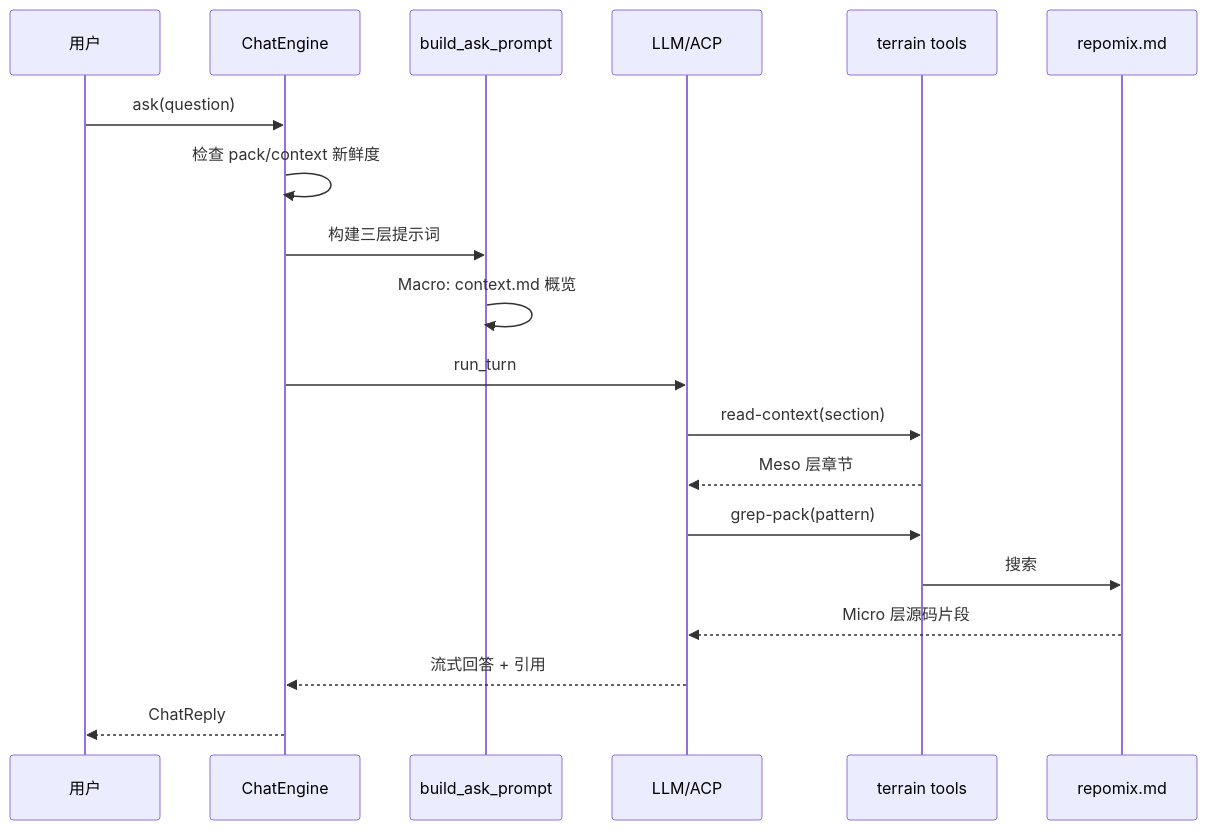
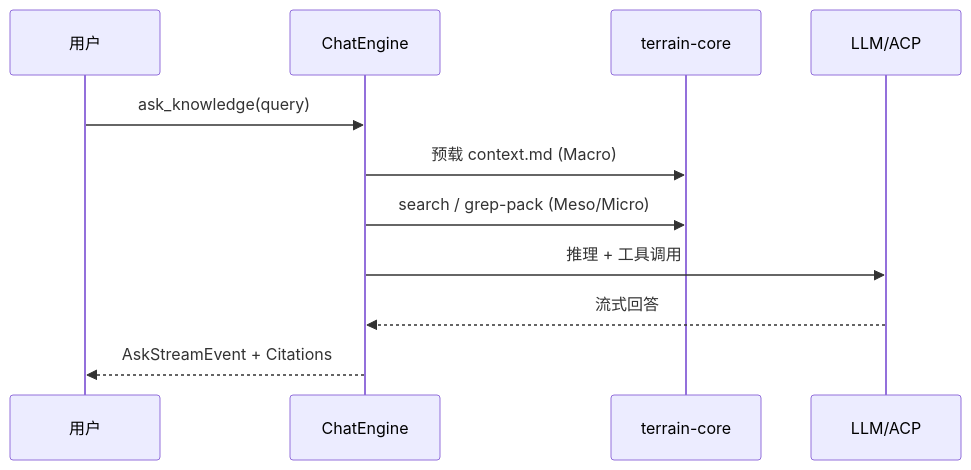
The sixth of 6 diagrams in .terrain/human/2.架构.md (sopaco/terrain), drawn with Mermaid before and after one commit. The commit also changed other lines of this file and 79 other files, not shown here.

````diff
--- a/.terrain/human/2.架构.md
+++ b/.terrain/human/2.架构.md
@@ -269,22 +184,14 @@
 ```mermaid
 sequenceDiagram
     participant User as 用户
-    participant CE as ChatEngine
-    participant Prompt as build_ask_prompt
+    participant Engine as ChatEngine
+    participant Core as terrain-core
     participant LLM as LLM/ACP
-    participant Tools as terrain tools
-    participant Pack as repomix.md
 
-    User->>CE: ask(question)
-    CE->>CE: 检查 pack/context 新鲜度
-    CE->>Prompt: 构建三层提示词
-    Prompt->>Prompt: Macro: context.md 概览
-    CE->>LLM: run_turn
-  LLM->>Tools: read-context(section)
-    Tools-->>LLM: Meso 层章节
-    LLM->>Tools: grep-pack(pattern)
-    Tools->>Pack: 搜索
-    Pack-->>LLM: Micro 层源码片段
-    LLM-->>CE: 流式回答 + 引用
-    CE-->>User: ChatReply
+    User->>Engine: ask_knowledge(query)
+    Engine->>Core: 预载 context.md (Macro)
+    Engine->>Core: search / grep-pack (Meso/Micro)
+    Engine->>LLM: 推理 + 工具调用
+    LLM-->>Engine: 流式回答
+    Engine-->>User: AskStreamEvent + Citations
 ```
````
